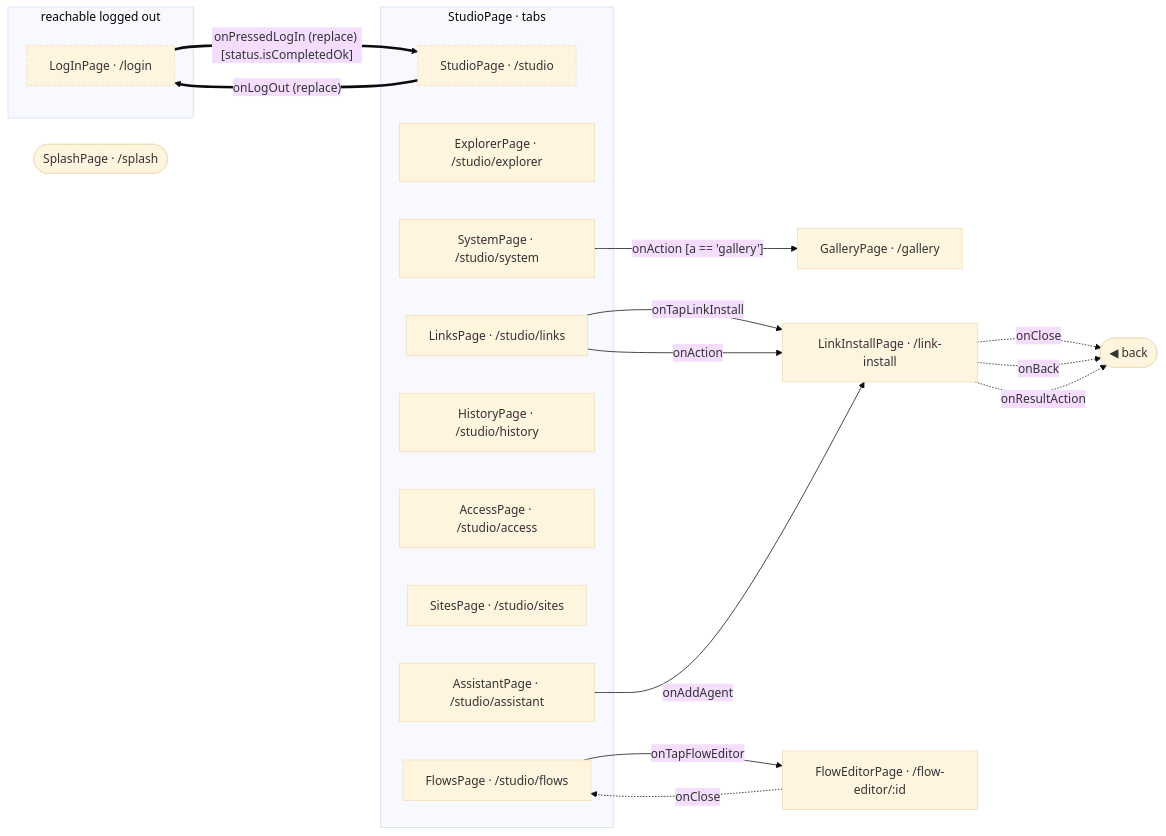
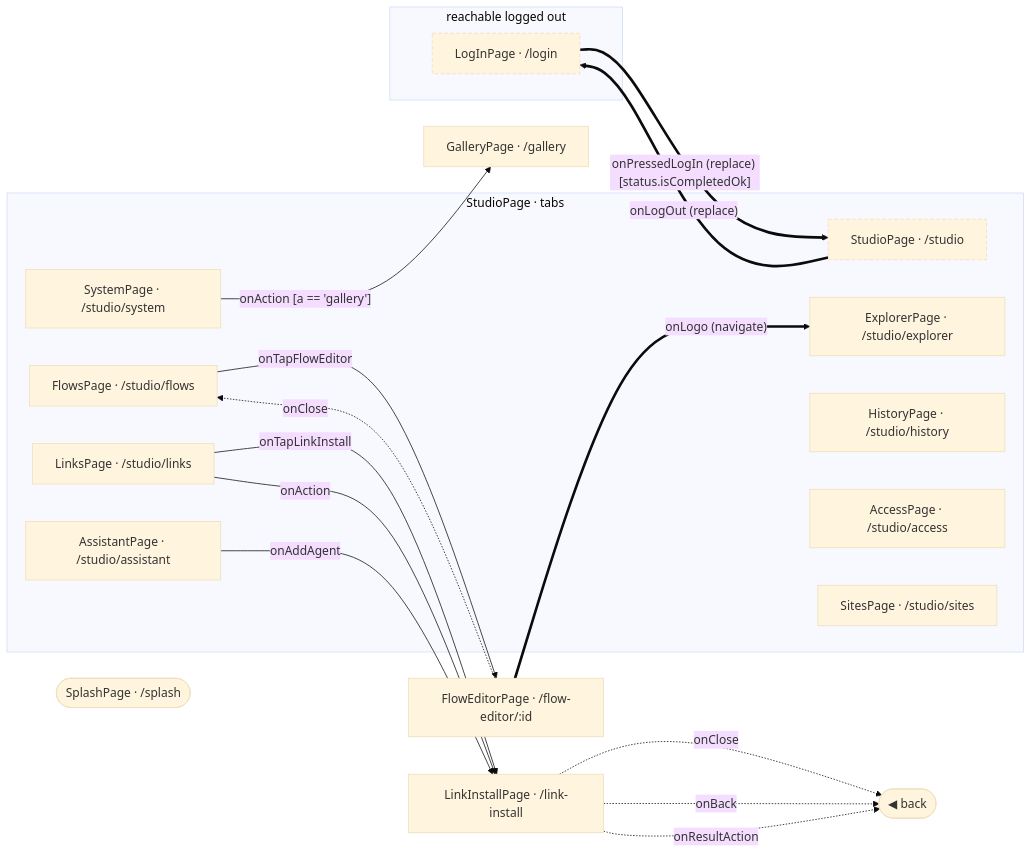
One commit to gencto/wyrm changed the diagram in studio/docs/flows/README.md. Above: the diagram before and after it, drawn with Mermaid (base theme). The commit also changed other lines of this file and 48 other files, not shown here.

````diff
--- a/studio/docs/flows/README.md
+++ b/studio/docs/flows/README.md
@@ -7,37 +7,38 @@
 ```mermaid
 flowchart LR
     subgraph frxPublic["reachable logged out"]
         logIn["LogInPage · /login"]
     end
     splash(["SplashPage · /splash"])
     gallery["GalleryPage · /gallery"]
     subgraph frxTabs_studio["StudioPage · tabs"]
         studio["StudioPage · /studio"]
         explorer["ExplorerPage · /studio/explorer"]
         links["LinksPage · /studio/links"]
         flows["FlowsPage · /studio/flows"]
         history["HistoryPage · /studio/history"]
         access["AccessPage · /studio/access"]
         sites["SitesPage · /studio/sites"]
         assistant["AssistantPage · /studio/assistant"]
         system["SystemPage · /studio/system"]
     end
     linkInstall["LinkInstallPage · /link-install"]
     flowEditor["FlowEditorPage · /flow-editor/:id"]
     frxBack(["◀ back"])
 
     logIn ==>|"onPressedLogIn (replace) [status.isCompletedOk]"| studio
     studio ==>|"onLogOut (replace)"| logIn
     links -->|"onTapLinkInstall"| linkInstall
     links -->|"onAction"| linkInstall
     flows -->|"onTapFlowEditor"| flowEditor
     assistant -->|"onAddAgent"| linkInstall
     system -->|"onAction [a == 'gallery']"| gallery
     linkInstall -.->|"onClose"| frxBack
     linkInstall -.->|"onBack"| frxBack
     linkInstall -.->|"onResultAction"| frxBack
     flowEditor -.->|"onClose"| flows
+    flowEditor ==>|"onLogo (navigate)"| explorer
 
     classDef frxEntry stroke-dasharray: 5 3
     class logIn,studio frxEntry
 ```
````
